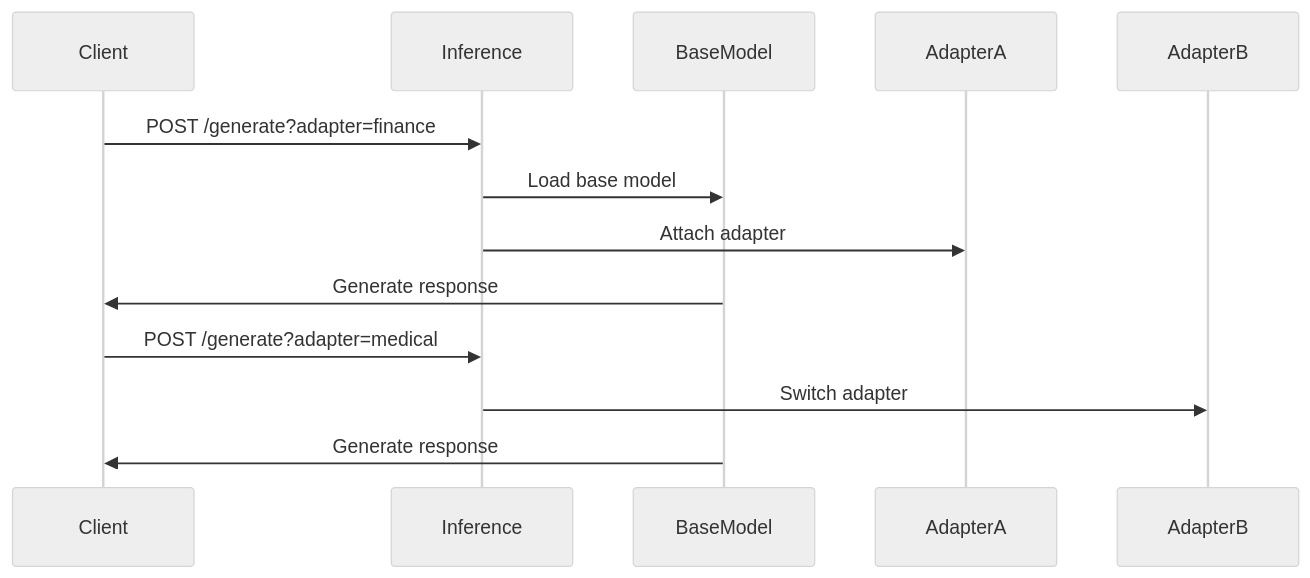
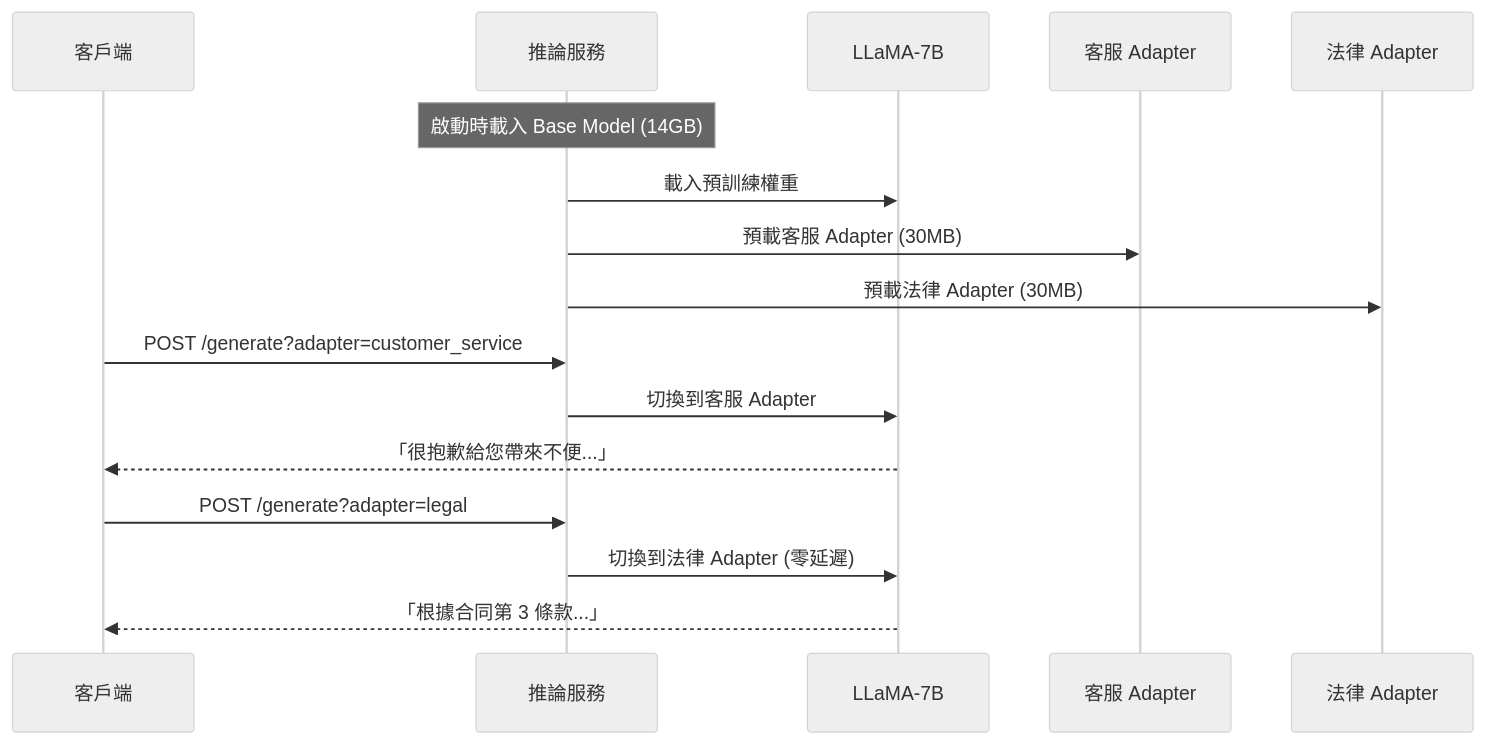
Before and after one commit to jieyao-MilestoneHub/edgeai: the second of 2 diagrams in Finetune/llm-tuning-lab/docs/00_overview.md, drawn with Mermaid (neutral theme). The commit also changed other lines of this file and 3 other files, not shown here.

````diff
--- a/Finetune/llm-tuning-lab/docs/00_overview.md
+++ b/Finetune/llm-tuning-lab/docs/00_overview.md
@@ -138,17 +201,21 @@
 ```mermaid
 sequenceDiagram
-    participant Client
-    participant Inference
-    participant BaseModel
-    participant AdapterA
-    participant AdapterB
+    participant Client as 客戶端
+    participant Gateway as 推論服務
+    participant BaseModel as LLaMA-7B
+    participant CSAdapter as 客服 Adapter
+    participant LegalAdapter as 法律 Adapter
 
-    Client->>Inference: POST /generate?adapter=finance
-    Inference->>BaseModel: Load base model
-    Inference->>AdapterA: Attach adapter
-    BaseModel->>Client: Generate response
+    Note over Gateway: 啟動時載入 Base Model (14GB)
+    Gateway->>BaseModel: 載入預訓練權重
+    Gateway->>CSAdapter: 預載客服 Adapter (30MB)
+    Gateway->>LegalAdapter: 預載法律 Adapter (30MB)
 
-    Client->>Inference: POST /generate?adapter=medical
-    Inference->>AdapterB: Switch adapter
-    BaseModel->>Client: Generate response
+    Client->>Gateway: POST /generate?adapter=customer_service
+    Gateway->>BaseModel: 切換到客服 Adapter
+    BaseModel-->>Client: 「很抱歉給您帶來不便...」
+
+    Client->>Gateway: POST /generate?adapter=legal
+    Gateway->>BaseModel: 切換到法律 Adapter (零延遲)
+    BaseModel-->>Client: 「根據合同第 3 條款...」
 ```
````
